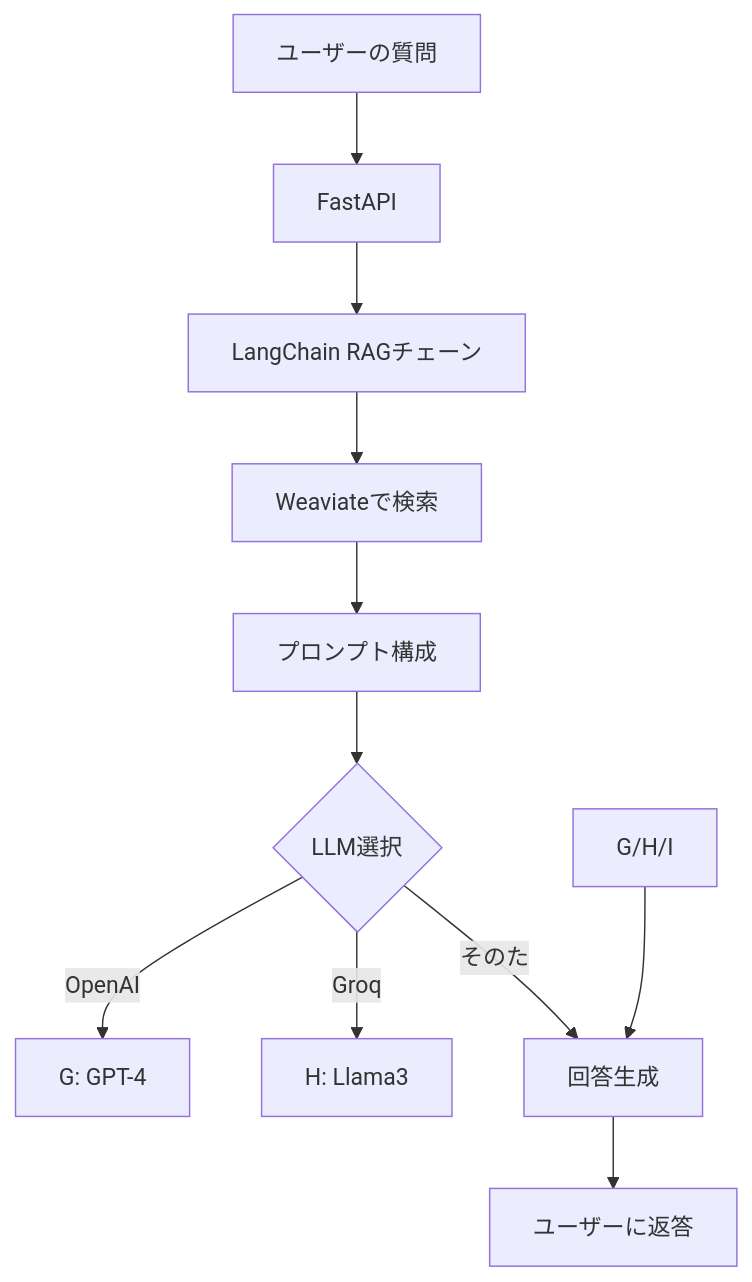
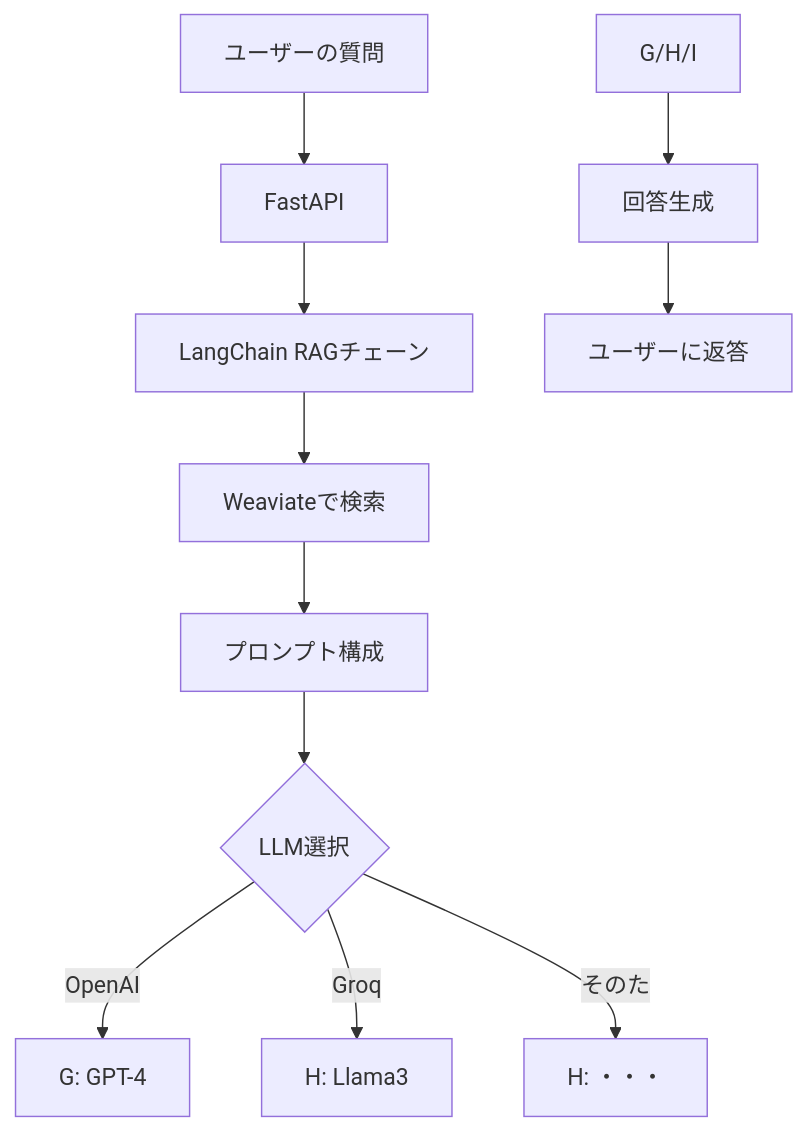
One commit to 8alfalfa8/freeAiChat changed the diagram in README.md. Above: the diagram before and after it, drawn with Mermaid.

````diff
--- a/README.md
+++ b/README.md
@@ -92,13 +92,13 @@
 ```mermaid
 graph TD
 A[ユーザーの質問] --> B[FastAPI]
 B --> C[LangChain RAGチェーン]
 C --> D[Weaviateで検索]
 D --> E[プロンプト構成]
 E --> F{LLM選択}
 F -->|OpenAI| G[ G: GPT-4]
 F -->|Groq| H[ H: Llama3]
-F -->|そのた| I[ I: ・・・]
-G/H/I --> I[回答生成]
-I --> J[ユーザーに返答]
+F -->|そのた| I[ H: ・・・]
+G/H/I --> J[回答生成]
+J --> K[ユーザーに返答]
 ```
````
